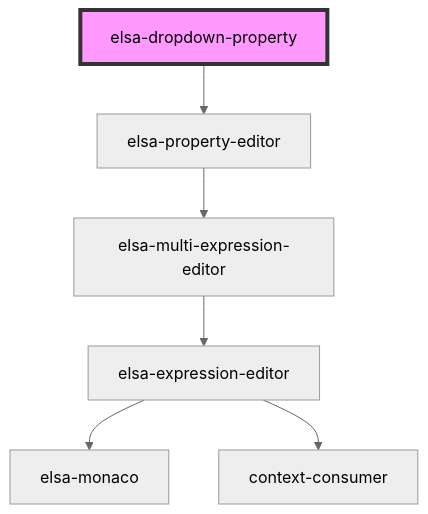
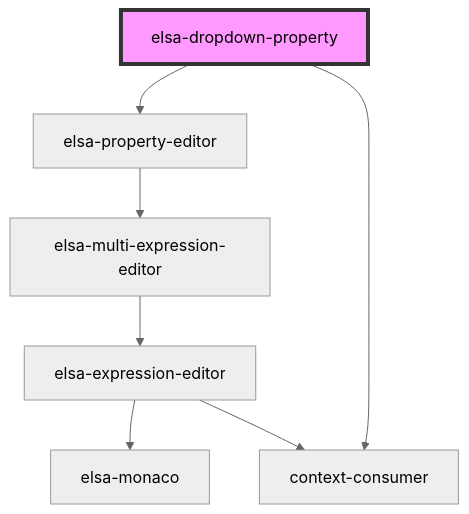
Before and after one commit to elsa-workflows/elsa-core: the diagram in src/designer/elsa-workflows-studio/src/components/editors/properties/elsa-dropdown-property/readme.md, drawn with Mermaid (neutral theme). The commit also changed other lines of this file and 22 other files, not shown here.

````diff
--- a/src/designer/elsa-workflows-studio/src/components/editors/properties/elsa-dropdown-property/readme.md
+++ b/src/designer/elsa-workflows-studio/src/components/editors/properties/elsa-dropdown-property/readme.md
@@ -23,9 +25,10 @@
 ```mermaid
 graph TD;
   elsa-dropdown-property --> elsa-property-editor
+  elsa-dropdown-property --> context-consumer
   elsa-property-editor --> elsa-multi-expression-editor
   elsa-multi-expression-editor --> elsa-expression-editor
   elsa-expression-editor --> elsa-monaco
   elsa-expression-editor --> context-consumer
   style elsa-dropdown-property fill:#f9f,stroke:#333,stroke-width:4px
 ```
````
